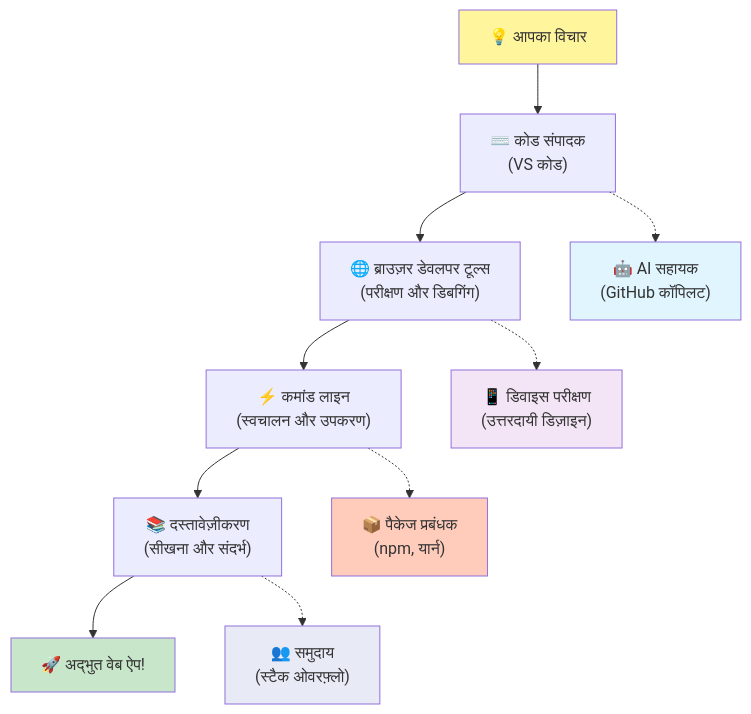
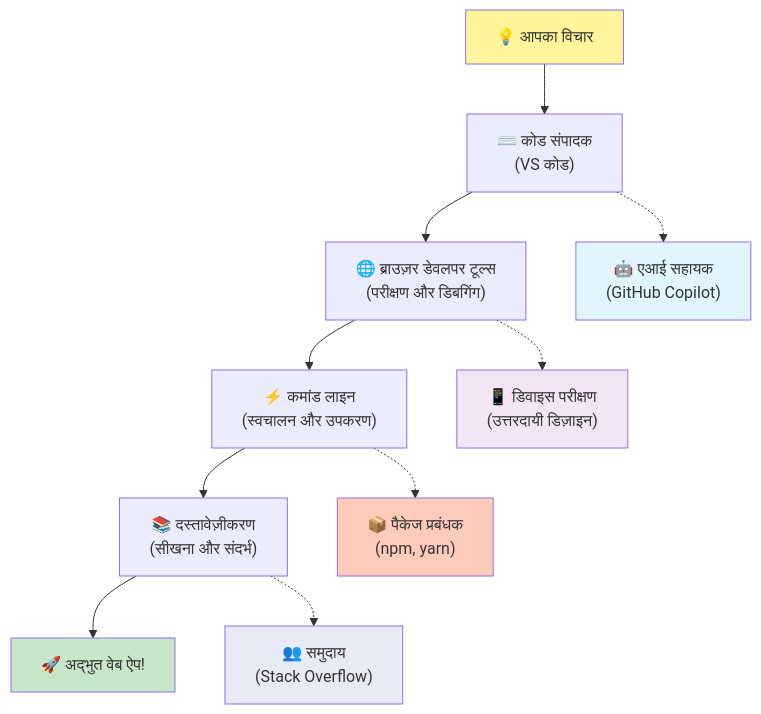
Before and after one commit to microsoft/Web-Dev-For-Beginners: the fifth of 7 diagrams in translations/hi/1-getting-started-lessons/1-intro-to-programming-languages/README.md, drawn with Mermaid. The commit also changed other lines of this file and 8 other files, not shown here.

````diff
--- a/translations/hi/1-getting-started-lessons/1-intro-to-programming-languages/README.md
+++ b/translations/hi/1-getting-started-lessons/1-intro-to-programming-languages/README.md
@@ -488,20 +487,20 @@
 ```mermaid
 graph TD
     A["💡 आपका विचार"] --> B["⌨️ कोड संपादक<br/>(VS कोड)"] 
     B --> C["🌐 ब्राउज़र डेवलपर टूल्स<br/>(परीक्षण और डिबगिंग)"]
     C --> D["⚡ कमांड लाइन<br/>(स्वचालन और उपकरण)"]
     D --> E["📚 दस्तावेज़ीकरण<br/>(सीखना और संदर्भ)"]
     E --> F["🚀 अद्भुत वेब ऐप!"]
     
-    B -.-> G["🤖 AI सहायक<br/>(GitHub कॉपिलट)"]
+    B -.-> G["🤖 एआई सहायक<br/>(GitHub Copilot)"]
     C -.-> H["📱 डिवाइस परीक्षण<br/>(उत्तरदायी डिज़ाइन)"]
-    D -.-> I["📦 पैकेज प्रबंधक<br/>(npm, यार्न)"]
-    E -.-> J["👥 समुदाय<br/>(स्टैक ओवरफ़्लो)"]
+    D -.-> I["📦 पैकेज प्रबंधक<br/>(npm, yarn)"]
+    E -.-> J["👥 समुदाय<br/>(Stack Overflow)"]
     
     style A fill:#fff59d
     style F fill:#c8e6c9
     style G fill:#e1f5fe
     style H fill:#f3e5f5
     style I fill:#ffccbc
     style J fill:#e8eaf6
-```
+```  
````
